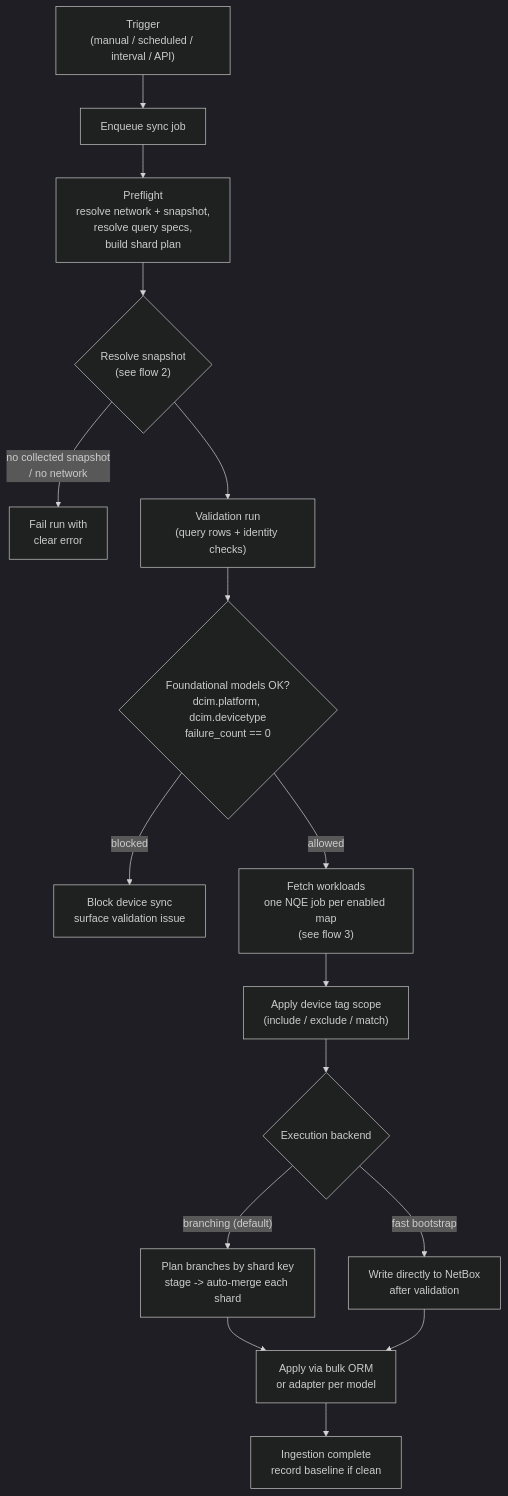
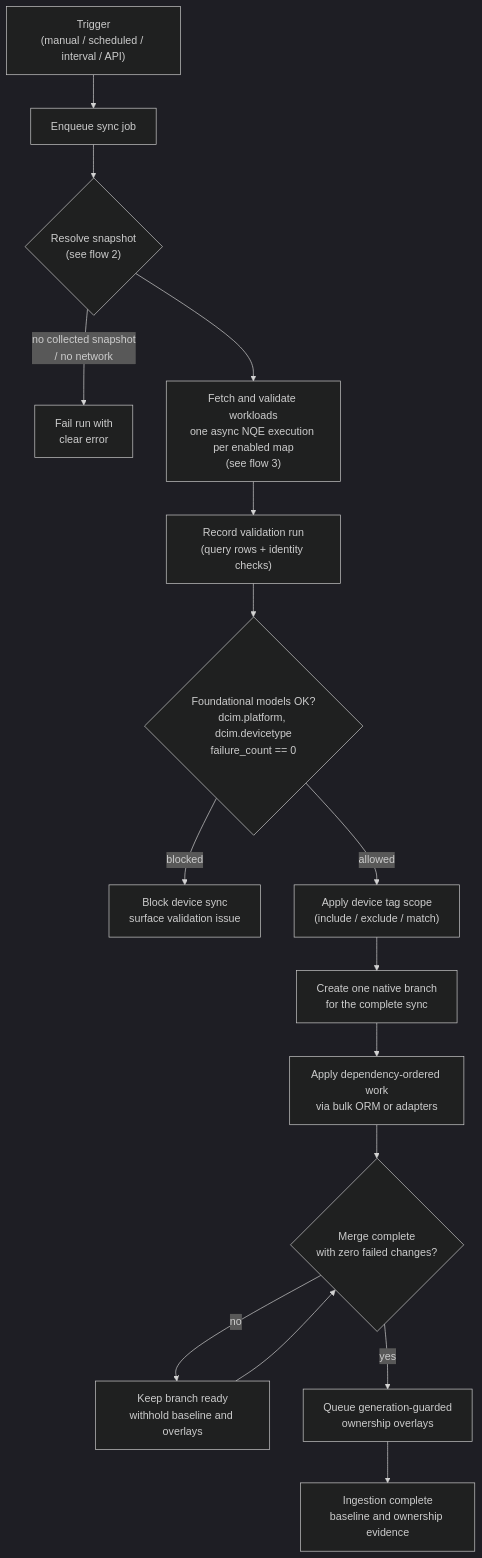
One commit to forwardnetworks/forward-netbox changed the first of 3 diagrams in docs/02_Reference/architecture-flow.md. Above: the diagram before and after it, drawn with Mermaid (dark theme). The commit also changed other lines of this file and 435 other files, not shown here.

````diff
--- a/docs/02_Reference/architecture-flow.md
+++ b/docs/02_Reference/architecture-flow.md
@@ -24,23 +25,19 @@
 ```mermaid
 flowchart TD
     trigger["Trigger\n(manual / scheduled / interval / API)"] --> enqueue["Enqueue sync job"]
-    enqueue --> preflight["Preflight\nresolve network + snapshot,\nresolve query specs,\nbuild shard plan"]
-
-    preflight --> snap{"Resolve snapshot\n(see flow 2)"}
+    enqueue --> snap{"Resolve snapshot\n(see flow 2)"}
     snap -->|"no collected snapshot\n/ no network"| fail["Fail run with\nclear error"]
-    snap --> validate["Validation run\n(query rows + identity checks)"]
+    snap --> fetch["Fetch and validate workloads\none async NQE execution per enabled map\n(see flow 3)"]
+    fetch --> validate["Record validation run\n(query rows + identity checks)"]
 
     validate --> gate{"Foundational models OK?\ndcim.platform, dcim.devicetype\nfailure_count == 0"}
     gate -->|"blocked"| stop["Block device sync\nsurface validation issue"]
-    gate -->|"allowed"| fetch["Fetch workloads\none NQE job per enabled map\n(see flow 3)"]
-
-    fetch --> scope["Apply device tag scope\n(include / exclude / match)"]
-    scope --> backend{"Execution backend"}
-
-    backend -->|"branching (default)"| shards["Plan branches by shard key\nstage -> auto-merge each shard"]
-    backend -->|"fast bootstrap"| direct["Write directly to NetBox\nafter validation"]
-
-    shards --> apply["Apply via bulk ORM\nor adapter per model"]
-    direct --> apply
-    apply --> complete["Ingestion complete\nrecord baseline if clean"]
+    gate -->|"allowed"| scope["Apply device tag scope\n(include / exclude / match)"]
+    scope --> branch["Create one native branch\nfor the complete sync"]
+    branch --> apply["Apply dependency-ordered work\nvia bulk ORM or adapters"]
+    apply --> merge{"Merge complete\nwith zero failed changes?"}
+    merge -->|"no"| retry["Keep branch ready\nwithhold baseline and overlays"]
+    retry --> merge
+    merge -->|"yes"| overlays["Queue generation-guarded\nownership overlays"]
+    overlays --> complete["Ingestion complete\nbaseline and ownership evidence"]
 ```
````
